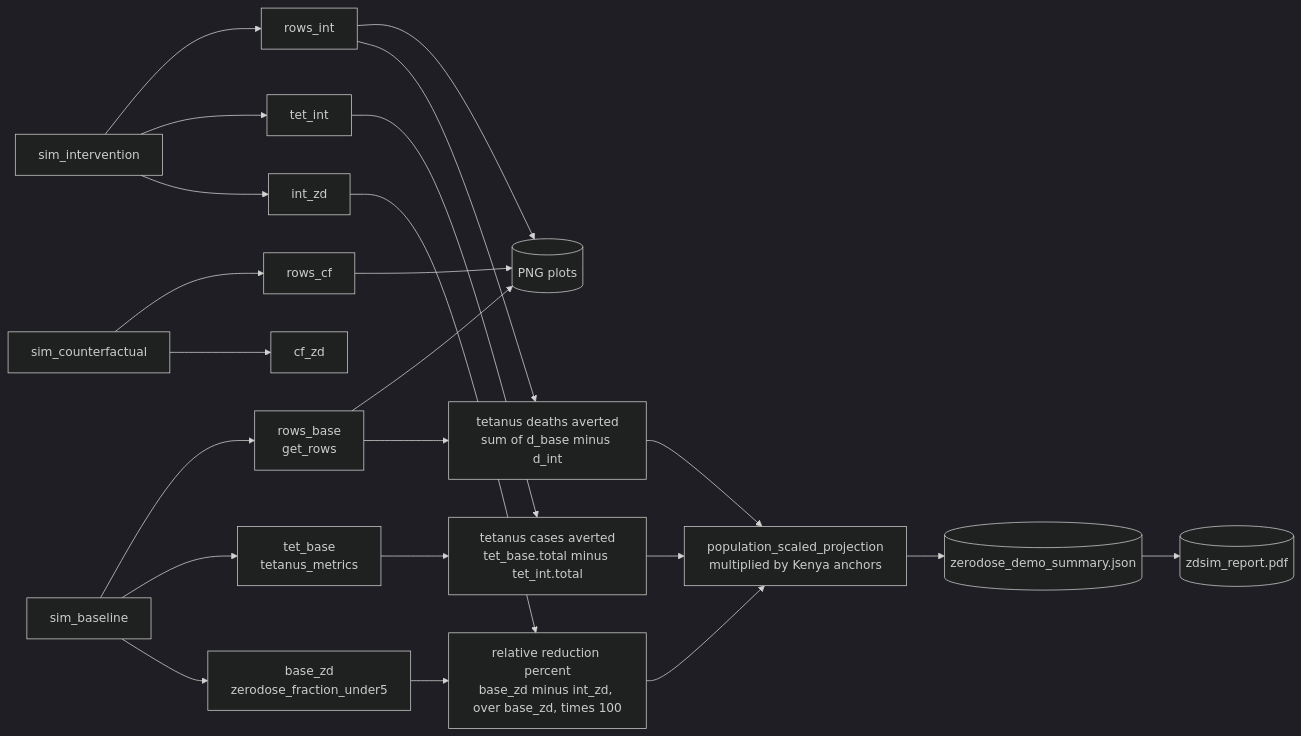
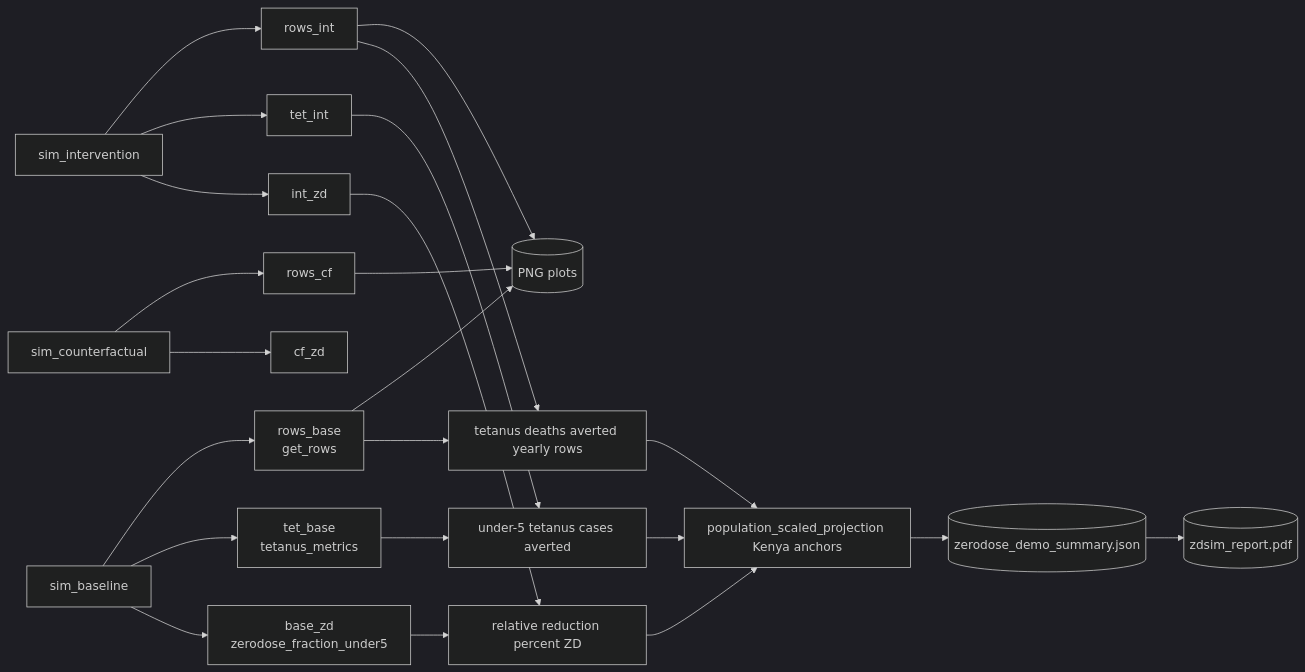
Diagram 12 of 12 in docs/ARCHITECTURE.md (starsimhub/zdsim), drawn with Mermaid (dark theme) before and after one commit. The commit also changed other lines of this file and 16 other files, not shown here.

````diff
--- a/docs/ARCHITECTURE.md
+++ b/docs/ARCHITECTURE.md
@@ -424,21 +427,26 @@
 ```mermaid
 flowchart LR
     SC["sim_counterfactual"] --> C1["cf_zd"]
     SB["sim_baseline"] --> B1["base_zd<br/>zerodose_fraction_under5"]
     SI["sim_intervention"] --> I1["int_zd"]
     SB --> B2["tet_base<br/>tetanus_metrics"]
     SI --> I2["tet_int"]
     SC --> C3["rows_cf"]
     SB --> B3["rows_base<br/>get_rows"]
     SI --> I3["rows_int"]
 
-    B1 & I1 --> REL["relative reduction percent<br/>base_zd minus int_zd, over base_zd, times 100"]
-    B2 & I2 --> TAV["tetanus cases averted<br/>tet_base.total minus tet_int.total"]
-    B3 & I3 --> DEATHS["tetanus deaths averted<br/>sum of d_base minus d_int"]
-
-    REL & TAV & DEATHS --> SCALED["population_scaled_projection<br/>multiplied by Kenya anchors"]
-
+    B1 --> REL["relative reduction percent ZD"]
+    I1 --> REL
+    B2 --> TAV["under-5 tetanus cases averted"]
+    I2 --> TAV
+    B3 --> DEATHS["tetanus deaths averted yearly rows"]
+    I3 --> DEATHS
+    REL --> SCALED["population_scaled_projection Kenya anchors"]
+    TAV --> SCALED
+    DEATHS --> SCALED
     SCALED --> J[("zerodose_demo_summary.json")]
     J --> PDF[("zdsim_report.pdf")]
-    C3 & B3 & I3 --> PNGS[("PNG plots")]
+    C3 --> PNGS[("PNG plots")]
+    B3 --> PNGS
+    I3 --> PNGS
 ```
````
